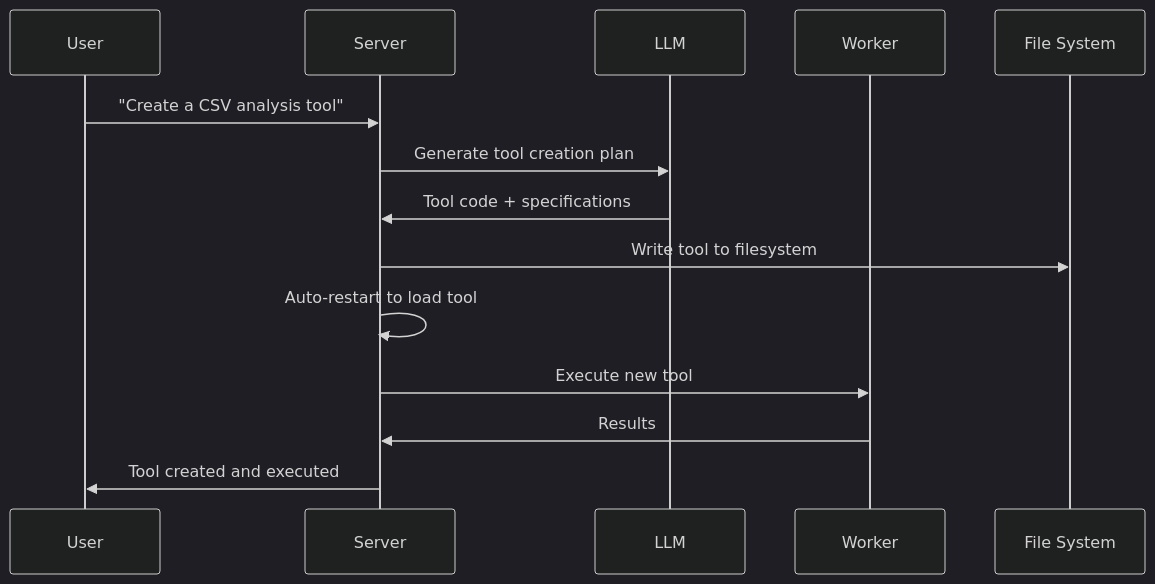
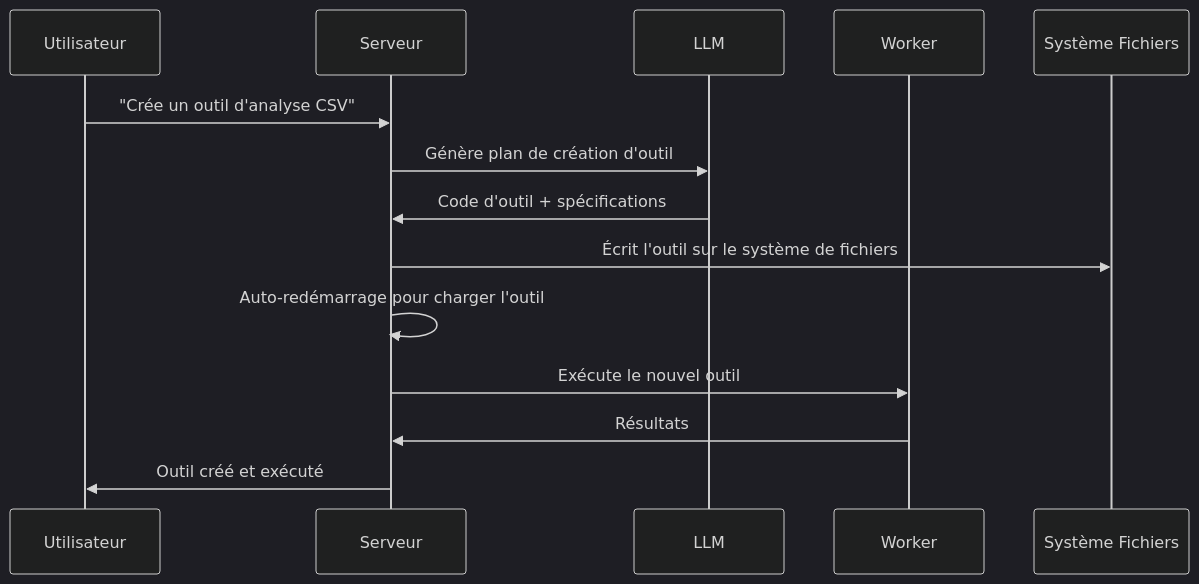
The diagram in README.md (Jboner-Corvus/AgenticForge), drawn with Mermaid (dark theme) before and after one commit. The commit also changed other lines of this file and 53 other files, not shown here.

````diff
--- a/README.md
+++ b/README.md
@@ -369,17 +363,17 @@
 ```mermaid
 sequenceDiagram
-    participant U as User
-    participant S as Server
+    participant U as Utilisateur
+    participant S as Serveur
     participant L as LLM
     participant W as Worker
-    participant F as File System
+    participant F as Système Fichiers
 
-    U->>S: "Create a CSV analysis tool"
-    S->>L: Generate tool creation plan
-    L->>S: Tool code + specifications
-    S->>F: Write tool to filesystem
-    S->>S: Auto-restart to load tool
-    S->>W: Execute new tool
-    W->>S: Results
-    S->>U: Tool created and executed
+    U->>S: "Crée un outil d'analyse CSV"
+    S->>L: Génère plan de création d'outil
+    L->>S: Code d'outil + spécifications
+    S->>F: Écrit l'outil sur le système de fichiers
+    S->>S: Auto-redémarrage pour charger l'outil
+    S->>W: Exécute le nouvel outil
+    W->>S: Résultats
+    S->>U: Outil créé et exécuté
 ```
````
